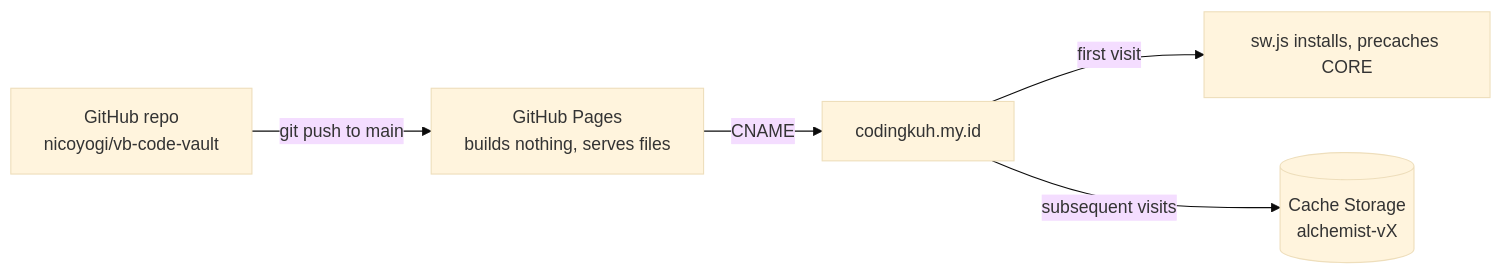
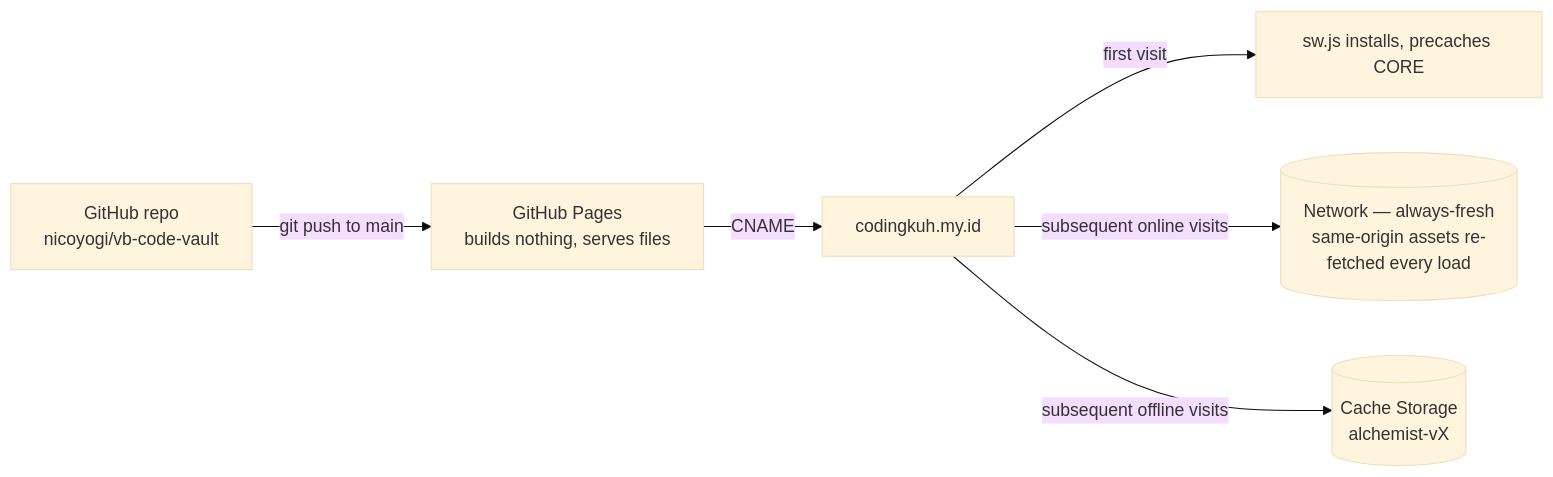
Before and after one commit to nicoyogi/vb-code-vault: the fifth of 6 diagrams in docs/ANMERKUNG-ARCHITECTURE.md, drawn with Mermaid (base theme). The commit also changed other lines of this file and 5 other files, not shown here.

````diff
--- a/docs/ANMERKUNG-ARCHITECTURE.md
+++ b/docs/ANMERKUNG-ARCHITECTURE.md
@@ -375,7 +376,8 @@
 ```mermaid
 flowchart LR
   REPO["GitHub repo<br/>nicoyogi/vb-code-vault"] -- "git push to main" --> GHP["GitHub Pages<br/>builds nothing, serves files"]
   GHP -- "CNAME" --> DOM["codingkuh.my.id"]
   DOM -- "first visit" --> SW["sw.js installs, precaches CORE"]
-  DOM -- "subsequent visits" --> CS[("Cache Storage<br/>alchemist-vX")]
+  DOM -- "subsequent online visits" --> NET[("Network — always-fresh<br/>same-origin assets re-fetched every load")]
+  DOM -- "subsequent offline visits" --> CS[("Cache Storage<br/>alchemist-vX")]
 ```
````
